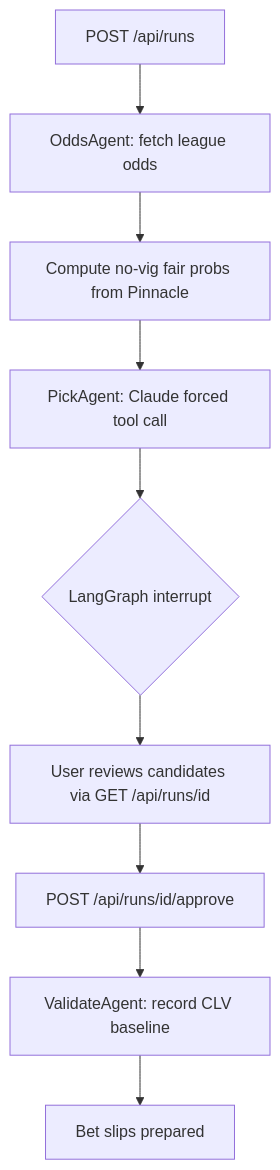
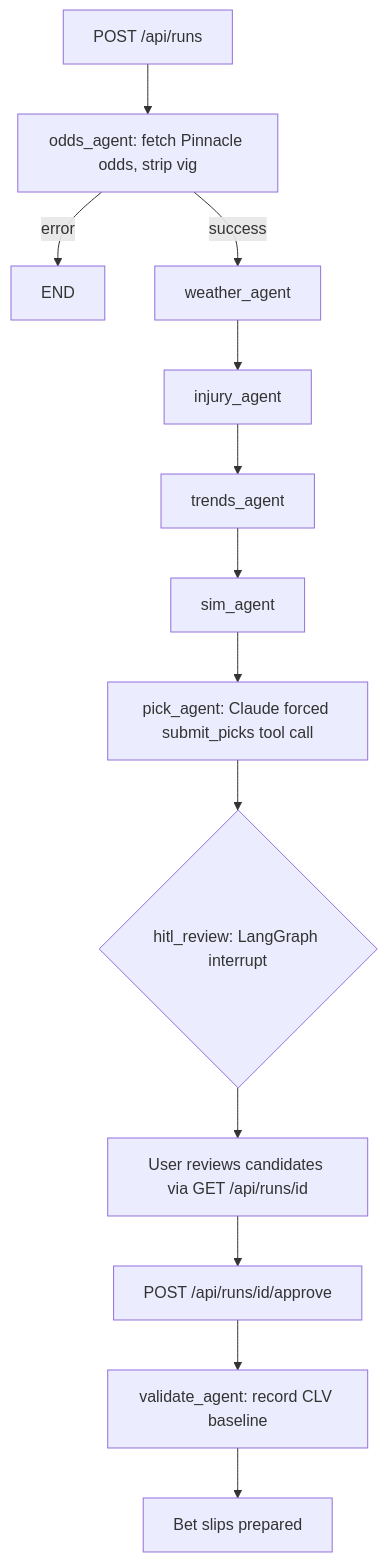
Before and after one commit to coreystevensdev/fairline: the diagram in README.md, drawn with Mermaid. The commit also changed other lines of this file, not shown here.

Commit message:
Fix stale diagram and test count in README
The How it works diagram showed 6 nodes and omitted weather_agent,
injury_agent, trends_agent, and sim_agent entirely, understating the
real 8-node pipeline in graph.py. Redrew it to match the actual graph,
including the error branch odds_agent can take. Also updated the test
badge from 187 to 189, the real count from pytest --collect-only.

````diff
--- a/README.md
+++ b/README.md
@@ -21,11 +21,15 @@
 ```mermaid
 flowchart TD
-    A[POST /api/runs] --> B[OddsAgent: fetch league odds]
-    B --> C[Compute no-vig fair probs from Pinnacle]
-    C --> D[PickAgent: Claude forced tool call]
-    D --> E{LangGraph interrupt}
-    E --> F[User reviews candidates via GET /api/runs/id]
-    F --> G[POST /api/runs/id/approve]
-    G --> H[ValidateAgent: record CLV baseline]
-    H --> I[Bet slips prepared]
+    A[POST /api/runs] --> B[odds_agent: fetch Pinnacle odds, strip vig]
+    B -->|error| Z[END]
+    B -->|success| C[weather_agent]
+    C --> D[injury_agent]
+    D --> E[trends_agent]
+    E --> F[sim_agent]
+    F --> G[pick_agent: Claude forced submit_picks tool call]
+    G --> H{hitl_review: LangGraph interrupt}
+    H --> I[User reviews candidates via GET /api/runs/id]
+    I --> J[POST /api/runs/id/approve]
+    J --> K[validate_agent: record CLV baseline]
+    K --> L[Bet slips prepared]
 ```
````
